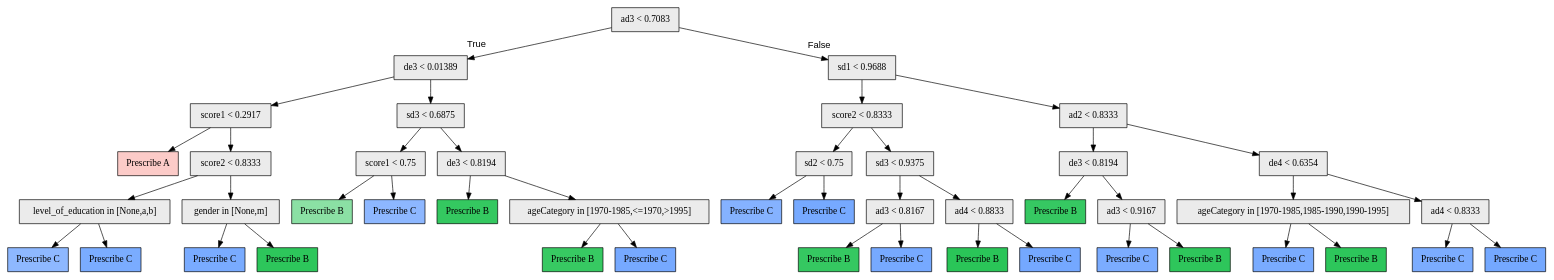
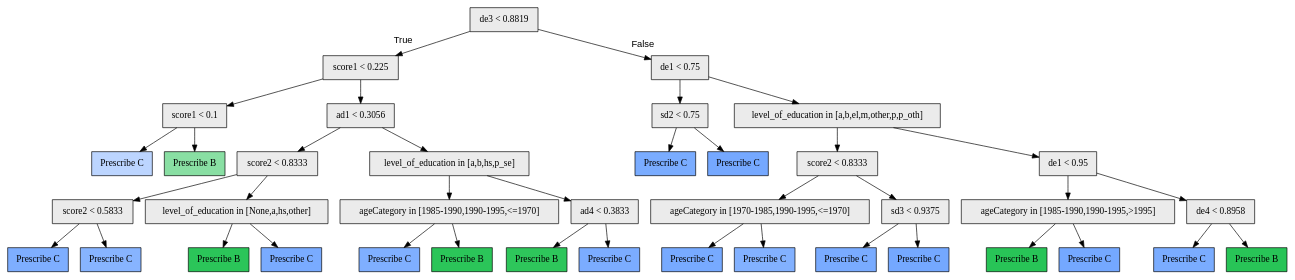
Before and after one commit to galitLukin/PersonalizedLearning: the diagram in python/model/2/cc/pytree.dot, drawn with Graphviz. The commit also changed 15 other files, not shown here.

```diff
--- a/python/model/2/cc/pytree.dot
+++ b/python/model/2/cc/pytree.dot
@@ -1,91 +1,79 @@
 digraph "G" {
-1 [fillcolor="#EBEBEB", fontname="bold arial", label="ad3 &lt; 0.7083", shape=box, style="filled"];
-2 [fillcolor="#EBEBEB", fontname="bold arial", label="de3 &lt; 0.01389", shape=box, style="filled"];
-3 [fillcolor="#EBEBEB", fontname="bold arial", label="score1 &lt; 0.2917", shape=box, style="filled"];
-4 [color=black, fillcolor="#F8766D60", fontname="bold arial", label="Prescribe A", shape=box, style="filled"];
-5 [fillcolor="#EBEBEB", fontname="bold arial", label="score2 &lt; 0.8333", shape=box, style="filled"];
-6 [fillcolor="#EBEBEB", fontname="bold arial", label="level_of_education in [None,a,b]", shape=box, style="filled"];
-7 [color=black, fillcolor="#619CFFb5", fontname="bold arial", label="Prescribe C", shape=box, style="filled"];
-8 [color=black, fillcolor="#619CFFd6", fontname="bold arial", label="Prescribe C", shape=box, style="filled"];
-9 [fillcolor="#EBEBEB", fontname="bold arial", label="gender in [None,m]", shape=box, style="filled"];
-10 [color=black, fillcolor="#619CFFd8", fontname="bold arial", label="Prescribe C", shape=box, style="filled"];
-11 [color=black, fillcolor="#00BA38d2", fontname="bold arial", label="Prescribe B", shape=box, style="filled"];
-12 [fillcolor="#EBEBEB", fontname="bold arial", label="sd3 &lt; 0.6875", shape=box, style="filled"];
-13 [fillcolor="#EBEBEB", fontname="bold arial", label="score1 &lt; 0.75", shape=box, style="filled"];
-14 [color=black, fillcolor="#00BA3874", fontname="bold arial", label="Prescribe B", shape=box, style="filled"];
-15 [color=black, fillcolor="#619CFFb8", fontname="bold arial", label="Prescribe C", shape=box, style="filled"];
-16 [fillcolor="#EBEBEB", fontname="bold arial", label="de3 &lt; 0.8194", shape=box, style="filled"];
-17 [color=black, fillcolor="#00BA38cb", fontname="bold arial", label="Prescribe B", shape=box, style="filled"];
-18 [fillcolor="#EBEBEB", fontname="bold arial", label="ageCategory in [1970-1985,&lt;=1970,&gt;1995]", shape=box, style="filled"];
-19 [color=black, fillcolor="#00BA38c8", fontname="bold arial", label="Prescribe B", shape=box, style="filled"];
-20 [color=black, fillcolor="#619CFFdc", fontname="bold arial", label="Prescribe C", shape=box, style="filled"];
-21 [fillcolor="#EBEBEB", fontname="bold arial", label="sd1 &lt; 0.9688", shape=box, style="filled"];
-22 [fillcolor="#EBEBEB", fontname="bold arial", label="score2 &lt; 0.8333", shape=box, style="filled"];
-23 [fillcolor="#EBEBEB", fontname="bold arial", label="sd2 &lt; 0.75", shape=box, style="filled"];
-24 [color=black, fillcolor="#619CFFc5", fontname="bold arial", label="Prescribe C", shape=box, style="filled"];
-25 [color=black, fillcolor="#619CFFdc", fontname="bold arial", label="Prescribe C", shape=box, style="filled"];
-26 [fillcolor="#EBEBEB", fontname="bold arial", label="sd3 &lt; 0.9375", shape=box, style="filled"];
-27 [fillcolor="#EBEBEB", fontname="bold arial", label="ad3 &lt; 0.8167", shape=box, style="filled"];
-28 [color=black, fillcolor="#00BA38ca", fontname="bold arial", label="Prescribe B", shape=box, style="filled"];
-29 [color=black, fillcolor="#619CFFdc", fontname="bold arial", label="Prescribe C", shape=box, style="filled"];
-30 [fillcolor="#EBEBEB", fontname="bold arial", label="ad4 &lt; 0.8833", shape=box, style="filled"];
-31 [color=black, fillcolor="#00BA38d5", fontname="bold arial", label="Prescribe B", shape=box, style="filled"];
+1 [fillcolor="#EBEBEB", fontname="bold arial", label="de3 &lt; 0.8819", shape=box, style="filled"];
+2 [fillcolor="#EBEBEB", fontname="bold arial", label="score1 &lt; 0.225", shape=box, style="filled"];
+3 [fillcolor="#EBEBEB", fontname="bold arial", label="score1 &lt; 0.1", shape=box, style="filled"];
+4 [color=black, fillcolor="#619CFF6c", fontname="bold arial", label="Prescribe C", shape=box, style="filled"];
+5 [color=black, fillcolor="#00BA3876", fontname="bold arial", label="Prescribe B", shape=box, style="filled"];
+6 [fillcolor="#EBEBEB", fontname="bold arial", label="ad1 &lt; 0.3056", shape=box, style="filled"];
+7 [fillcolor="#EBEBEB", fontname="bold arial", label="score2 &lt; 0.8333", shape=box, style="filled"];
+8 [fillcolor="#EBEBEB", fontname="bold arial", label="score2 &lt; 0.5833", shape=box, style="filled"];
+9 [color=black, fillcolor="#619CFFcf", fontname="bold arial", label="Prescribe C", shape=box, style="filled"];
+10 [color=black, fillcolor="#619CFFc1", fontname="bold arial", label="Prescribe C", shape=box, style="filled"];
+11 [fillcolor="#EBEBEB", fontname="bold arial", label="level_of_education in [None,a,hs,other]", shape=box, style="filled"];
+12 [color=black, fillcolor="#00BA38d4", fontname="bold arial", label="Prescribe B", shape=box, style="filled"];
+13 [color=black, fillcolor="#619CFFd8", fontname="bold arial", label="Prescribe C", shape=box, style="filled"];
+14 [fillcolor="#EBEBEB", fontname="bold arial", label="level_of_education in [a,b,hs,p_se]", shape=box, style="filled"];
+15 [fillcolor="#EBEBEB", fontname="bold arial", label="ageCategory in [1985-1990,1990-1995,&lt;=1970]", shape=box, style="filled"];
+16 [color=black, fillcolor="#619CFFce", fontname="bold arial", label="Prescribe C", shape=box, style="filled"];
+17 [color=black, fillcolor="#00BA38d4", fontname="bold arial", label="Prescribe B", shape=box, style="filled"];
+18 [fillcolor="#EBEBEB", fontname="bold arial", label="ad4 &lt; 0.3833", shape=box, style="filled"];
+19 [color=black, fillcolor="#00BA38d1", fontname="bold arial", label="Prescribe B", shape=box, style="filled"];
+20 [color=black, fillcolor="#619CFFd5", fontname="bold arial", label="Prescribe C", shape=box, style="filled"];
+21 [fillcolor="#EBEBEB", fontname="bold arial", label="de1 &lt; 0.75", shape=box, style="filled"];
+22 [fillcolor="#EBEBEB", fontname="bold arial", label="sd2 &lt; 0.75", shape=box, style="filled"];
+23 [color=black, fillcolor="#619CFFd6", fontname="bold arial", label="Prescribe C", shape=box, style="filled"];
+24 [color=black, fillcolor="#619CFFde", fontname="bold arial", label="Prescribe C", shape=box, style="filled"];
+25 [fillcolor="#EBEBEB", fontname="bold arial", label="level_of_education in [a,b,el,m,other,p,p_oth]", shape=box, style="filled"];
+26 [fillcolor="#EBEBEB", fontname="bold arial", label="score2 &lt; 0.8333", shape=box, style="filled"];
+27 [fillcolor="#EBEBEB", fontname="bold arial", label="ageCategory in [1970-1985,1990-1995,&lt;=1970]", shape=box, style="filled"];
+28 [color=black, fillcolor="#619CFFda", fontname="bold arial", label="Prescribe C", shape=box, style="filled"];
+29 [color=black, fillcolor="#619CFFc9", fontname="bold arial", label="Prescribe C", shape=box, style="filled"];
+30 [fillcolor="#EBEBEB", fontname="bold arial", label="sd3 &lt; 0.9375", shape=box, style="filled"];
+31 [color=black, fillcolor="#619CFFd7", fontname="bold arial", label="Prescribe C", shape=box, style="filled"];
 32 [color=black, fillcolor="#619CFFdf", fontname="bold arial", label="Prescribe C", shape=box, style="filled"];
-33 [fillcolor="#EBEBEB", fontname="bold arial", label="ad2 &lt; 0.8333", shape=box, style="filled"];
-34 [fillcolor="#EBEBEB", fontname="bold arial", label="de3 &lt; 0.8194", shape=box, style="filled"];
-35 [color=black, fillcolor="#00BA38c9", fontname="bold arial", label="Prescribe B", shape=box, style="filled"];
-36 [fillcolor="#EBEBEB", fontname="bold arial", label="ad3 &lt; 0.9167", shape=box, style="filled"];
-37 [color=black, fillcolor="#619CFFd4", fontname="bold arial", label="Prescribe C", shape=box, style="filled"];
-38 [color=black, fillcolor="#00BA38d1", fontname="bold arial", label="Prescribe B", shape=box, style="filled"];
-39 [fillcolor="#EBEBEB", fontname="bold arial", label="de4 &lt; 0.6354", shape=box, style="filled"];
-40 [fillcolor="#EBEBEB", fontname="bold arial", label="ageCategory in [1970-1985,1985-1990,1990-1995]", shape=box, style="filled"];
-41 [color=black, fillcolor="#619CFFd8", fontname="bold arial", label="Prescribe C", shape=box, style="filled"];
-42 [color=black, fillcolor="#00BA38d2", fontname="bold arial", label="Prescribe B", shape=box, style="filled"];
-43 [fillcolor="#EBEBEB", fontname="bold arial", label="ad4 &lt; 0.8333", shape=box, style="filled"];
-44 [color=black, fillcolor="#619CFFd4", fontname="bold arial", label="Prescribe C", shape=box, style="filled"];
-45 [color=black, fillcolor="#619CFFdf", fontname="bold arial", label="Prescribe C", shape=box, style="filled"];
+33 [fillcolor="#EBEBEB", fontname="bold arial", label="de1 &lt; 0.95", shape=box, style="filled"];
+34 [fillcolor="#EBEBEB", fontname="bold arial", label="ageCategory in [1985-1990,1990-1995,&gt;1995]", shape=box, style="filled"];
+35 [color=black, fillcolor="#00BA38d7", fontname="bold arial", label="Prescribe B", shape=box, style="filled"];
+36 [color=black, fillcolor="#619CFFdf", fontname="bold arial", label="Prescribe C", shape=box, style="filled"];
+37 [fillcolor="#EBEBEB", fontname="bold arial", label="de4 &lt; 0.8958", shape=box, style="filled"];
+38 [color=black, fillcolor="#619CFFd6", fontname="bold arial", label="Prescribe C", shape=box, style="filled"];
+39 [color=black, fillcolor="#00BA38d7", fontname="bold arial", label="Prescribe B", shape=box, style="filled"];
 1 -> 2  [fontname="arial", headlabel="True", key=0, labelangle=45, labeldistance="2.5"];
 1 -> 21  [fontname="arial", headlabel="False", key=0, labelangle="-45", labeldistance="2.5"];
 2 -> 3  [key=0];
-2 -> 12  [key=0];
+2 -> 6  [key=0];
 3 -> 4  [key=0];
 3 -> 5  [key=0];
-5 -> 6  [key=0];
-5 -> 9  [key=0];
 6 -> 7  [key=0];
-6 -> 8  [key=0];
-9 -> 10  [key=0];
-9 -> 11  [key=0];
-12 -> 13  [key=0];
-12 -> 16  [key=0];
-13 -> 14  [key=0];
-13 -> 15  [key=0];
-16 -> 17  [key=0];
-16 -> 18  [key=0];
+6 -> 14  [key=0];
+7 -> 8  [key=0];
+7 -> 11  [key=0];
+8 -> 9  [key=0];
+8 -> 10  [key=0];
+11 -> 12  [key=0];
+11 -> 13  [key=0];
+14 -> 15  [key=0];
+14 -> 18  [key=0];
+15 -> 16  [key=0];
+15 -> 17  [key=0];
 18 -> 19  [key=0];
 18 -> 20  [key=0];
 21 -> 22  [key=0];
-21 -> 33  [key=0];
+21 -> 25  [key=0];
 22 -> 23  [key=0];
-22 -> 26  [key=0];
-23 -> 24  [key=0];
-23 -> 25  [key=0];
+22 -> 24  [key=0];
+25 -> 26  [key=0];
+25 -> 33  [key=0];
 26 -> 27  [key=0];
 26 -> 30  [key=0];
 27 -> 28  [key=0];
 27 -> 29  [key=0];
 30 -> 31  [key=0];
 30 -> 32  [key=0];
 33 -> 34  [key=0];
-33 -> 39  [key=0];
+33 -> 37  [key=0];
 34 -> 35  [key=0];
 34 -> 36  [key=0];
-36 -> 37  [key=0];
-36 -> 38  [key=0];
-39 -> 40  [key=0];
-39 -> 43  [key=0];
-40 -> 41  [key=0];
-40 -> 42  [key=0];
-43 -> 44  [key=0];
-43 -> 45  [key=0];
+37 -> 38  [key=0];
+37 -> 39  [key=0];
 }
```
